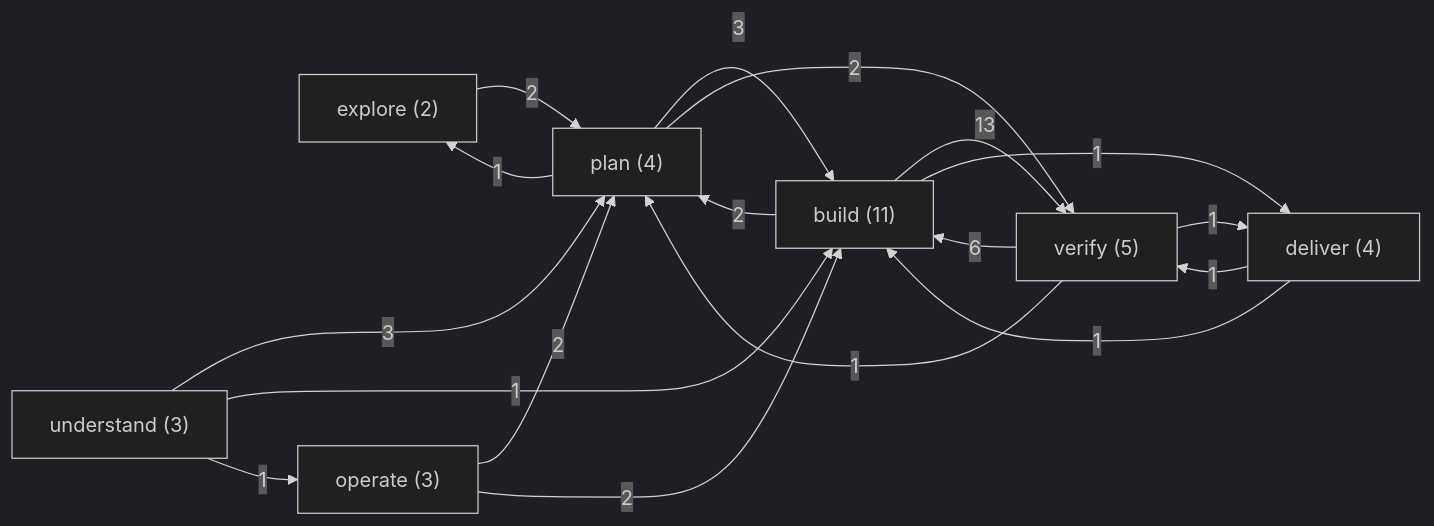
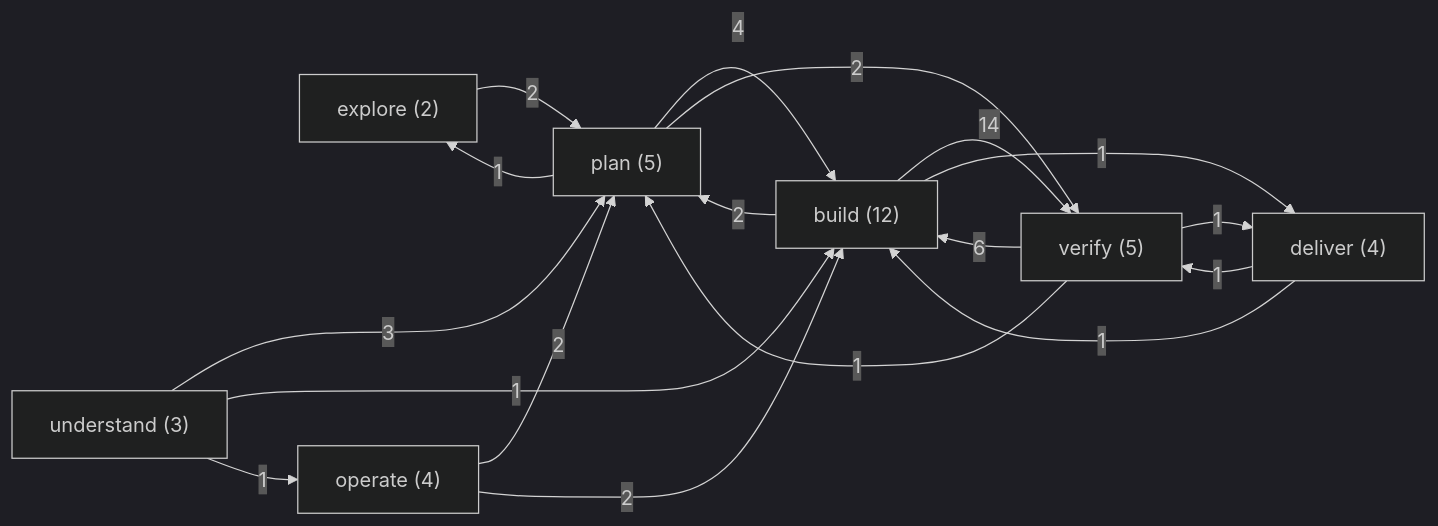
Before and after one commit to emiliodominguez/flow-skills: the first of 2 diagrams in docs/SKILL-MAP.md, drawn with Mermaid (dark theme). The commit also changed other lines of this file and 76 other files, not shown here.

First line of the commit message:
feat(skills): add flow-api, flow-observe and flow-write-skill; trigger-first descriptions

````diff
--- a/docs/SKILL-MAP.md
+++ b/docs/SKILL-MAP.md
@@ -14,27 +14,27 @@
 ```mermaid
 flowchart LR
   stage_explore["explore (2)"]
   stage_understand["understand (3)"]
-  stage_plan["plan (4)"]
-  stage_build["build (11)"]
+  stage_plan["plan (5)"]
+  stage_build["build (12)"]
   stage_verify["verify (5)"]
   stage_deliver["deliver (4)"]
-  stage_operate["operate (3)"]
+  stage_operate["operate (4)"]
   stage_explore -->|2| stage_plan
   stage_understand -->|3| stage_plan
   stage_understand -->|1| stage_build
   stage_understand -->|1| stage_operate
   stage_plan -->|1| stage_explore
-  stage_plan -->|3| stage_build
+  stage_plan -->|4| stage_build
   stage_plan -->|2| stage_verify
   stage_build -->|2| stage_plan
-  stage_build -->|13| stage_verify
+  stage_build -->|14| stage_verify
   stage_build -->|1| stage_deliver
   stage_verify -->|1| stage_plan
   stage_verify -->|6| stage_build
   stage_verify -->|1| stage_deliver
   stage_deliver -->|1| stage_build
   stage_deliver -->|1| stage_verify
   stage_operate -->|2| stage_plan
   stage_operate -->|2| stage_build
 ```
````
